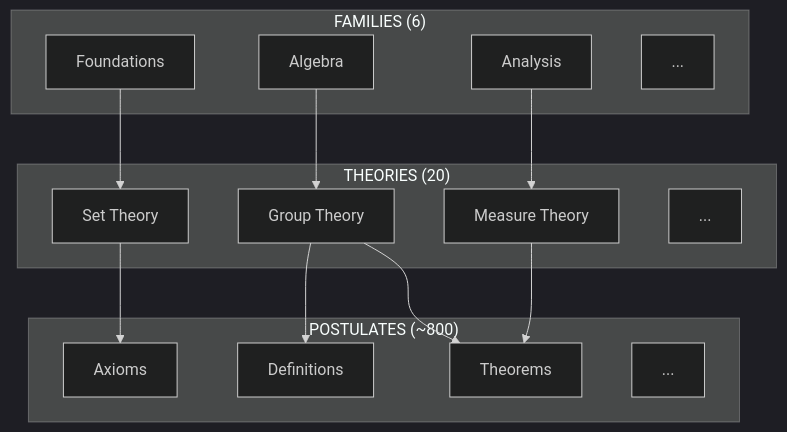
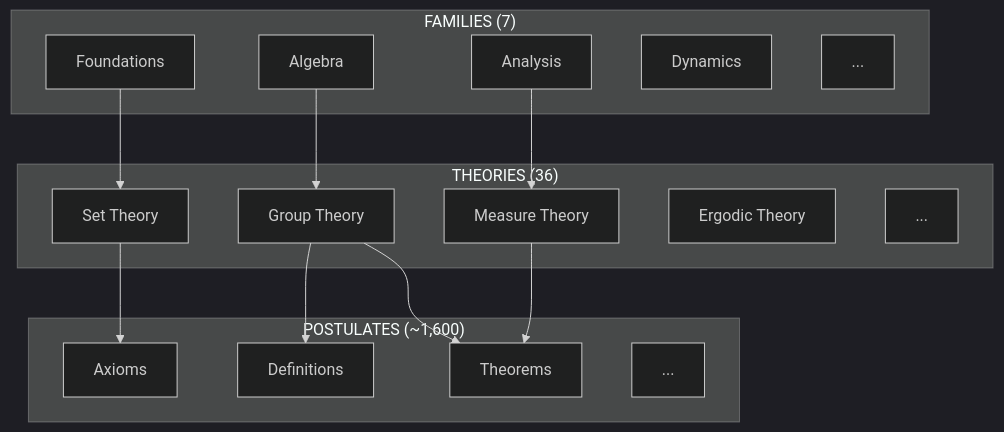
Before and after one commit to metamatematico/Metamatematico---Razonamiento-Formal-con-Lean: the first of 4 diagrams in research/PROJECT_PROPOSAL.md, drawn with Mermaid (dark theme). The commit also changed other lines of this file and 63 other files, not shown here.

````diff
--- a/research/PROJECT_PROPOSAL.md
+++ b/research/PROJECT_PROPOSAL.md
@@ -66,31 +66,33 @@
 ```mermaid
 graph TD
-    subgraph "FAMILIES (6)"
+    subgraph "FAMILIES (7)"
         F1[Foundations]
         F2[Algebra]
         F3[Analysis]
-        F4[...]
+        F4[Dynamics]
+        F5[...]
     end
 
-    subgraph "THEORIES (20)"
+    subgraph "THEORIES (36)"
         T1[Set Theory]
         T2[Group Theory]
         T3[Measure Theory]
-        T4[...]
+        T4[Ergodic Theory]
+        T5[...]
     end
 
-    subgraph "POSTULATES (~800)"
+    subgraph "POSTULATES (~1,600)"
         P1[Axioms]
         P2[Definitions]
         P3[Theorems]
         P4[...]
     end
 
     F1 --> T1
     F2 --> T2
     F3 --> T3
     T1 --> P1
     T2 --> P2
     T2 --> P3
     T3 --> P3
 ```
````
